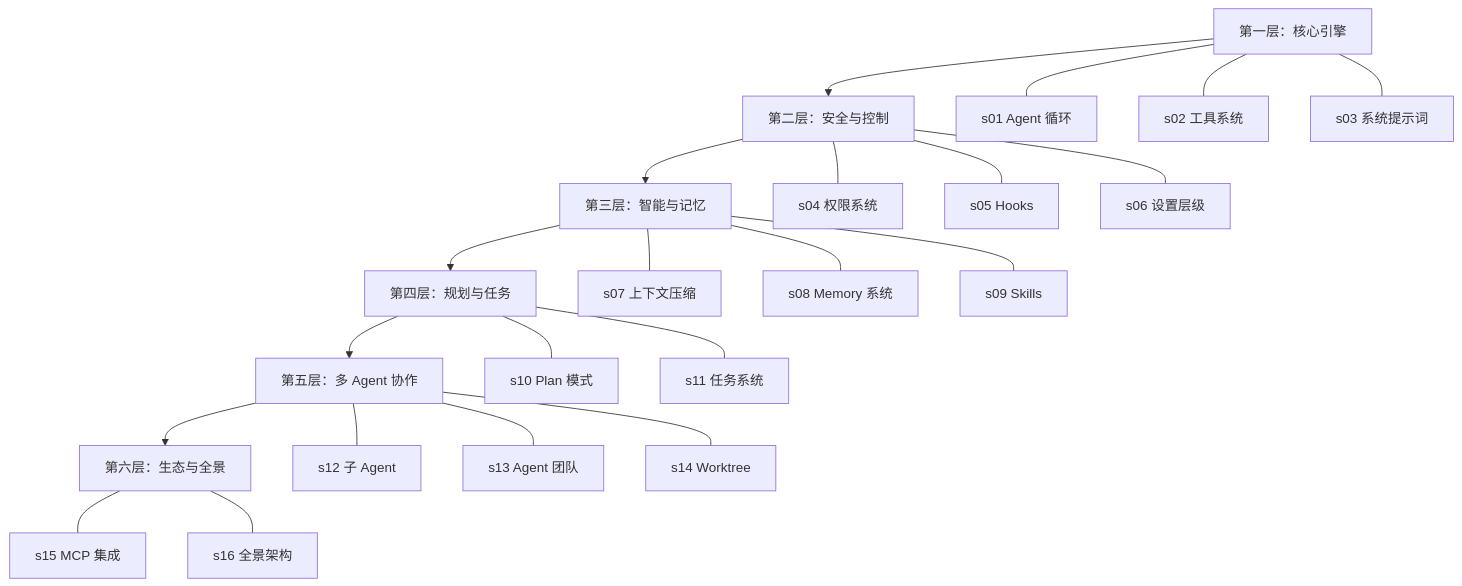
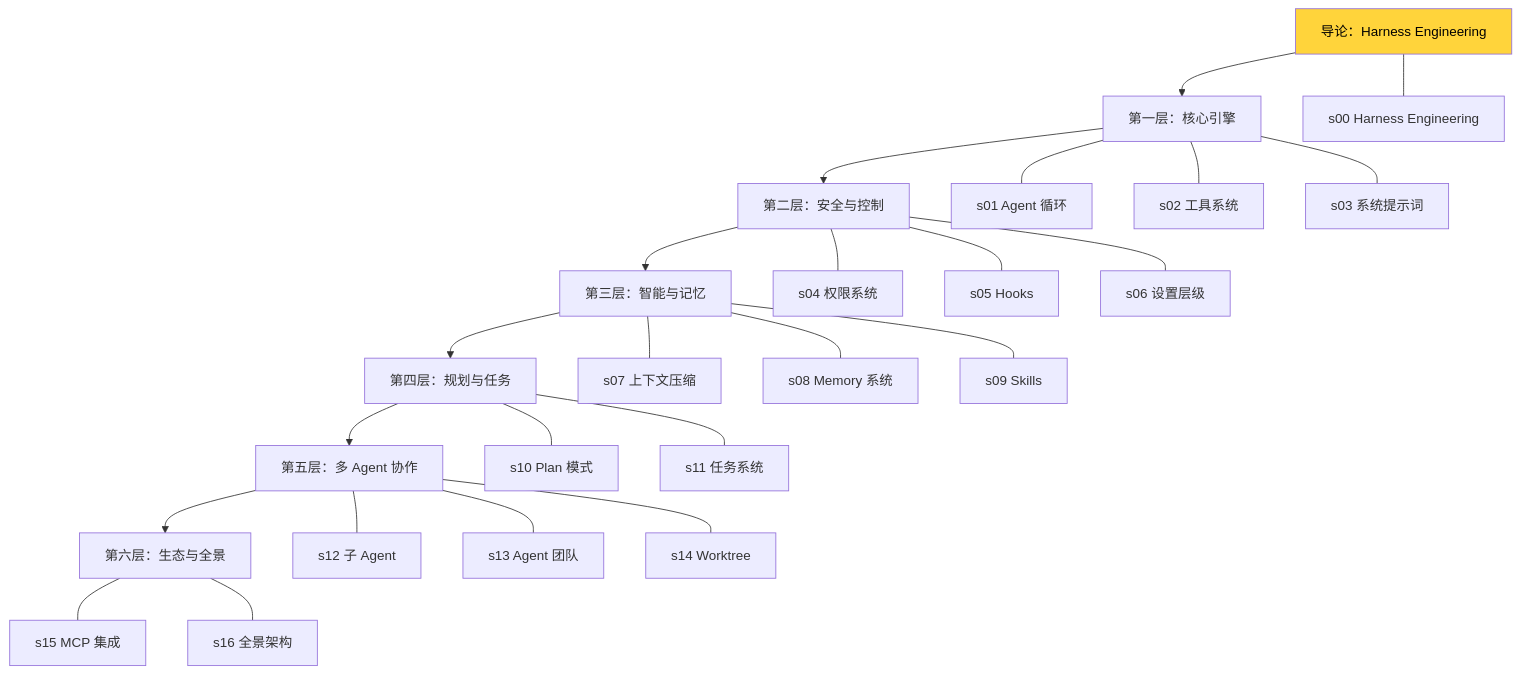
Before and after one commit to Mo-Jiao/claude-code-source-code: the diagram in tutorial/guide/index.md, drawn with Mermaid. The commit also changed other lines of this file and 24 other files, not shown here.

First line of the commit message:
feat: enhance tutorial with Harness Engineering framework, diagrams, and key takeaways

````diff
--- a/tutorial/guide/index.md
+++ b/tutorial/guide/index.md
@@ -20,30 +30,35 @@
 ```mermaid
 graph TB
+    L0["导论：Harness Engineering"] --> L1
     L1[第一层：核心引擎] --> L2[第二层：安全与控制]
     L2 --> L3[第三层：智能与记忆]
     L3 --> L4[第四层：规划与任务]
     L4 --> L5[第五层：多 Agent 协作]
     L5 --> L6[第六层：生态与全景]
+
+    L0 --- s00[s00 Harness Engineering]
 
     L1 --- s01[s01 Agent 循环]
     L1 --- s02[s02 工具系统]
     L1 --- s03[s03 系统提示词]
 
     L2 --- s04[s04 权限系统]
     L2 --- s05[s05 Hooks]
     L2 --- s06[s06 设置层级]
 
     L3 --- s07[s07 上下文压缩]
     L3 --- s08[s08 Memory 系统]
     L3 --- s09[s09 Skills]
 
     L4 --- s10[s10 Plan 模式]
     L4 --- s11[s11 任务系统]
 
     L5 --- s12[s12 子 Agent]
     L5 --- s13[s13 Agent 团队]
     L5 --- s14[s14 Worktree]
 
     L6 --- s15[s15 MCP 集成]
     L6 --- s16[s16 全景架构]
+
+    style L0 fill:#ffd43b,color:#000
 ```
````
